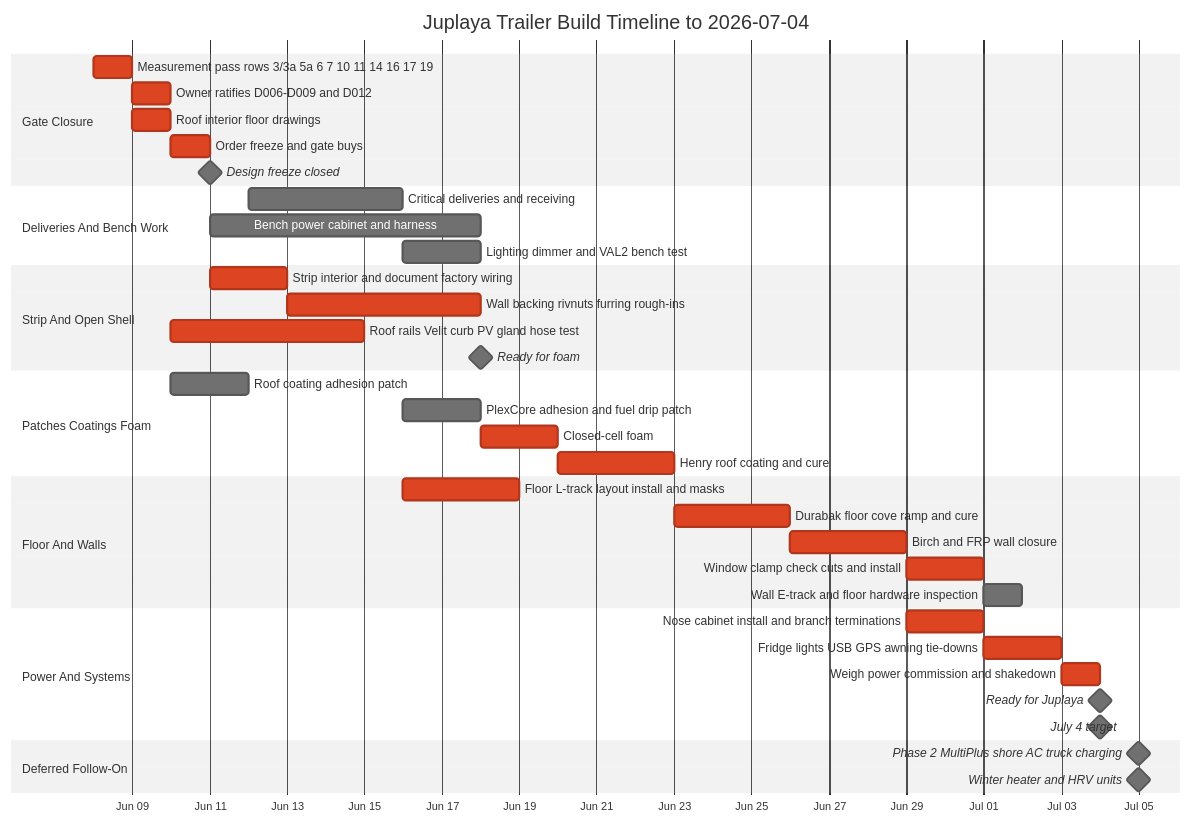
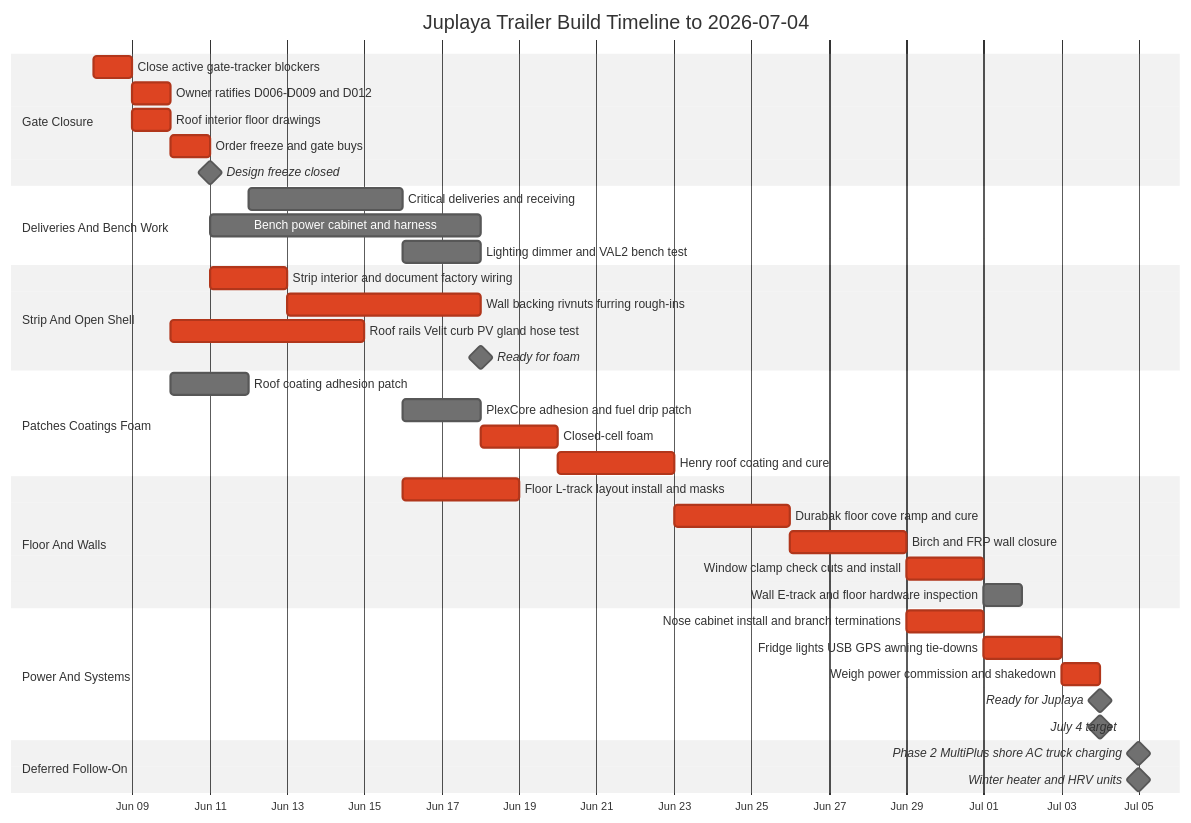
Before and after one commit to halbritt/trailer: the diagram in docs/timeline.md, drawn with Mermaid (neutral theme). The commit also changed other lines of this file and 5 other files, not shown here.

````diff
--- a/docs/timeline.md
+++ b/docs/timeline.md
@@ -27,48 +28,48 @@
 ```mermaid
 gantt
     title Juplaya Trailer Build Timeline to 2026-07-04
     dateFormat YYYY-MM-DD
     axisFormat %b %d
 
     section Gate Closure
-    Measurement pass rows 3/3a 5a 6 7 10 11 14 16 17 19 :crit, meas, 2026-06-08, 1d
+    Close active gate-tracker blockers                 :crit, meas, 2026-06-08, 1d
     Owner ratifies D006-D009 and D012                 :crit, ratify, after meas, 1d
     Roof interior floor drawings                      :crit, draw, after meas, 1d
     Order freeze and gate buys                        :crit, orders, after ratify draw, 1d
     Design freeze closed                              :milestone, freeze, after orders, 0d
 
     section Deliveries And Bench Work
     Critical deliveries and receiving                 :deliver, 2026-06-12, 4d
     Bench power cabinet and harness                   :benchcab, after orders, 7d
     Lighting dimmer and VAL2 bench test               :benchlight, after deliver, 2d
 
     section Strip And Open Shell
     Strip interior and document factory wiring        :crit, strip, after freeze, 2d
     Wall backing rivnuts furring rough-ins            :crit, openwall, after strip, 5d
     Roof rails Velit curb PV gland hose test          :crit, roofopen, after draw, 5d
     Ready for foam                                    :milestone, foamgate, after openwall roofopen, 0d
 
     section Patches Coatings Foam
     Roof coating adhesion patch                       :roofpatch, after draw, 2d
     PlexCore adhesion and fuel drip patch             :floorpatch, after deliver strip, 2d
     Closed-cell foam                                  :crit, foam, after foamgate, 2d
     Henry roof coating and cure                       :crit, roofcoat, after foam roofpatch, 3d
 
     section Floor And Walls
     Floor L-track layout install and masks            :crit, floortrack, after deliver strip, 3d
     Durabak floor cove ramp and cure                  :crit, floorcoat, after floortrack floorpatch roofcoat, 3d
     Birch and FRP wall closure                        :crit, wallclose, after floorcoat, 3d
     Window clamp check cuts and install               :crit, windows, after wallclose, 2d
     Wall E-track and floor hardware inspection        :trackfinal, after windows, 1d
 
     section Power And Systems
     Nose cabinet install and branch terminations      :crit, cabinstall, after wallclose benchcab, 2d
     Fridge lights USB GPS awning tie-downs            :crit, systems, after cabinstall windows benchlight, 2d
     Weigh power commission and shakedown              :crit, commission, after systems trackfinal, 1d
     Ready for Juplaya                                 :milestone, ready, after commission, 0d
     July 4 target                                     :milestone, deadline, 2026-07-04, 0d
 
     section Deferred Follow-On
     Phase 2 MultiPlus shore AC truck charging         :milestone, phase2, 2026-07-05, 0d
     Winter heater and HRV units                       :milestone, winter, 2026-07-05, 0d
 ```
````
